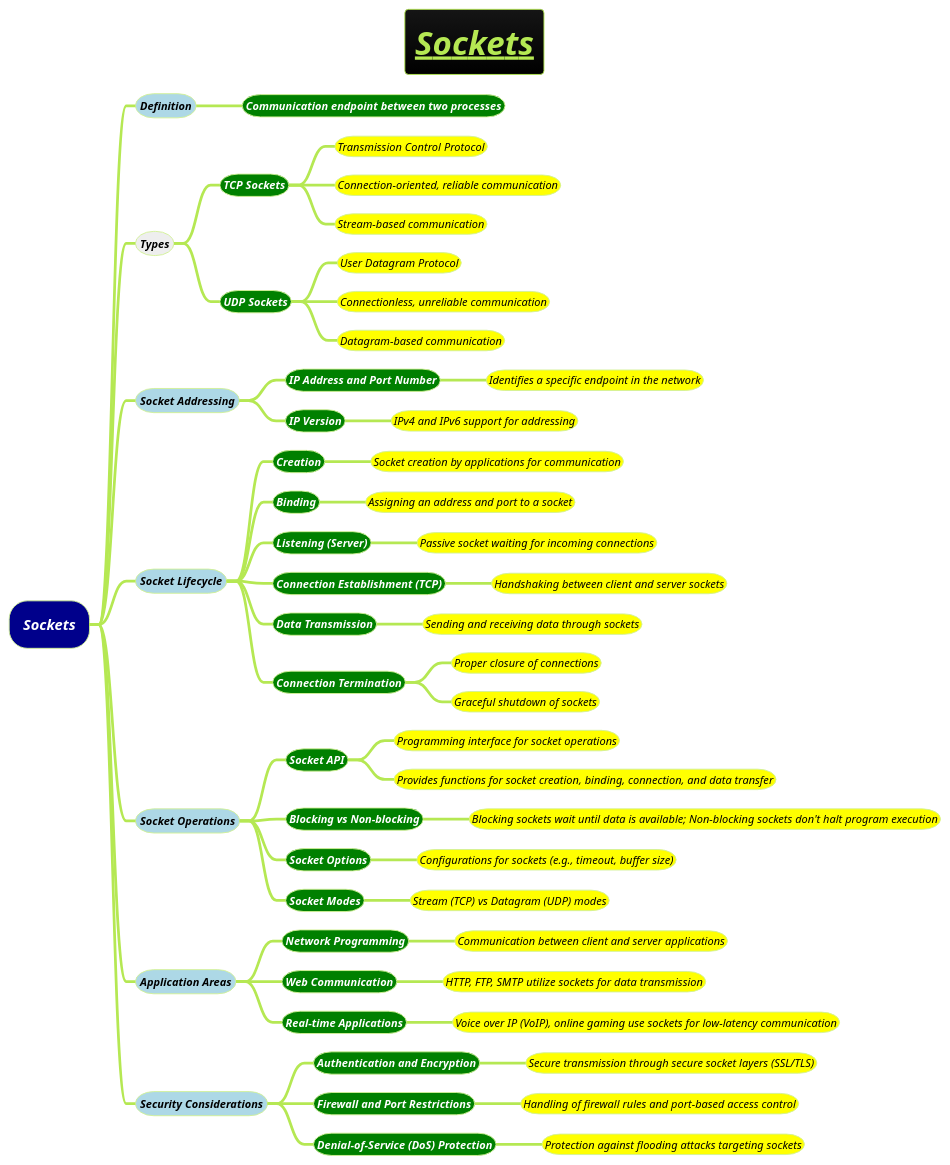
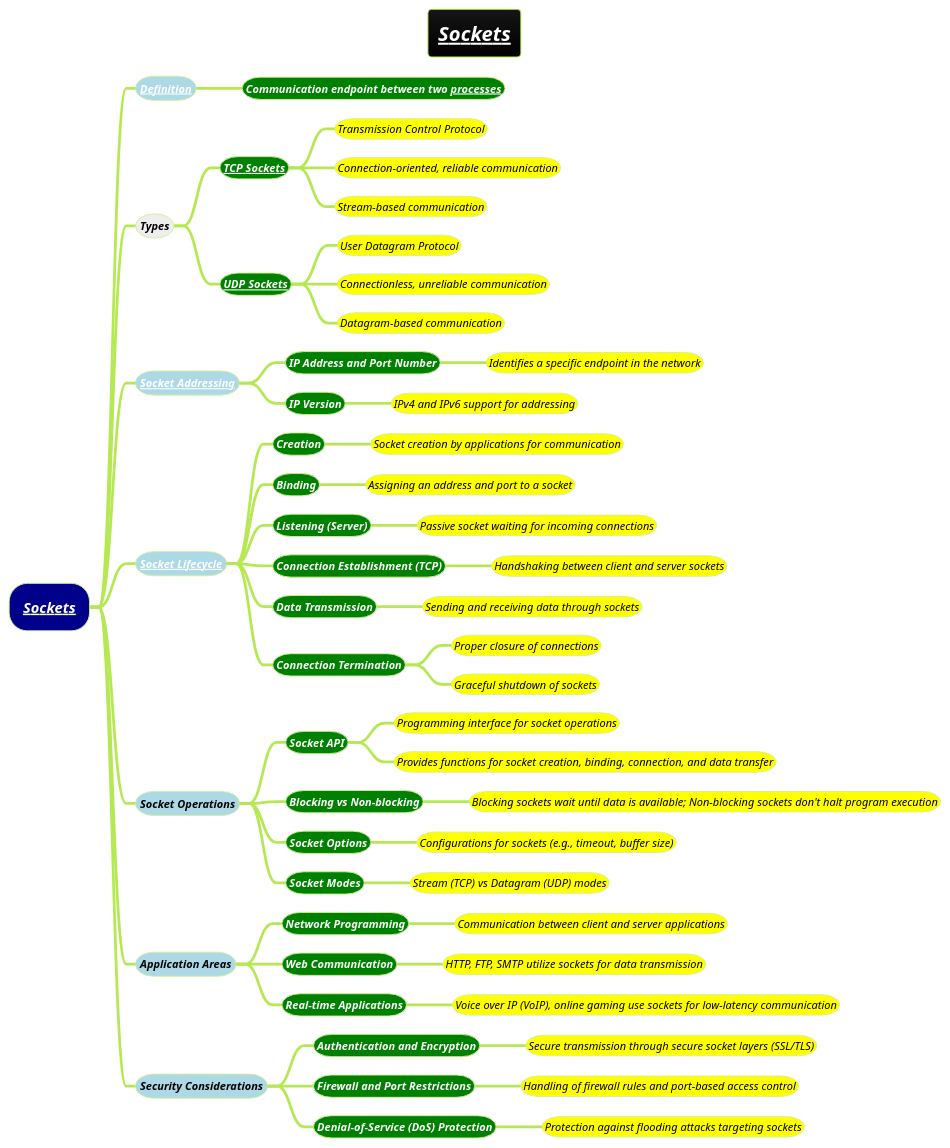
One commit to MehmoodHashmi/Documentation-as-Code-DaC changed the diagram in docs/books/1-books-backlog/operating-system/sockets.puml. Above: the diagram before and after it, drawn with PlantUML. The commit also changed 7 other files, not shown here.

```diff
--- a/docs/books/1-books-backlog/operating-system/sockets.puml
+++ b/docs/books/1-books-backlog/operating-system/sockets.puml
@@ -1,60 +1,60 @@
 @startmindmap
-title =<i><b><u>Sockets
+title =<i><b><u><size:18>[[docs/3-programming-languages/Venkat-Subramaniam/images/img_388.png Sockets]]
 !theme hacker
 
-*[#darkblue] <i><color #white>Sockets
-**[#lightblue] <i><color #black><size:12>Definition
-***[#green] <b><i><color #white><size:12>Communication endpoint between two processes
+*[#darkblue] <i><color #white>[[docs/3-programming-languages/Venkat-Subramaniam/images/img_388.png Sockets]]
+**[#lightblue] <i><color #black><size:12>[[docs/3-programming-languages/Venkat-Subramaniam/images/img_388.png Definition]]
+***[#green] <b><i><color #white><size:12>Communication endpoint between two [[docs/3-programming-languages/Venkat-Subramaniam/images/img_388.png processes]]
 **[#e] <i><color #black><size:12>Types
-***[#green] <b><i><color #white><size:12>TCP Sockets
+***[#green] <b><i><color #white><size:12>[[docs/3-programming-languages/Venkat-Subramaniam/images/img_388.png TCP Sockets]]
 ****[#yellow] <i><color #black><size:12>Transmission Control Protocol
 ****[#yellow] <i><color #black><size:12>Connection-oriented, reliable communication
 ****[#yellow] <i><color #black><size:12>Stream-based communication
-***[#green] <b><i><color #white><size:12>UDP Sockets
+***[#green] <b><i><color #white><size:12>[[docs/3-programming-languages/Venkat-Subramaniam/images/img_388.png UDP Sockets]]
 ****[#yellow] <i><color #black><size:12>User Datagram Protocol
 ****[#yellow] <i><color #black><size:12>Connectionless, unreliable communication
 ****[#yellow] <i><color #black><size:12>Datagram-based communication
-**[#lightblue] <i><color #black><size:12>Socket Addressing
+**[#lightblue] <i><color #black><size:12>[[docs/3-programming-languages/Venkat-Subramaniam/images/img_388.png Socket Addressing]]
 ***[#green] <b><i><color #white><size:12>IP Address and Port Number
 ****[#yellow] <i><color #black><size:12>Identifies a specific endpoint in the network
 ***[#green] <b><i><color #white><size:12>IP Version
 ****[#yellow] <i><color #black><size:12>IPv4 and IPv6 support for addressing
-**[#lightblue] <i><color #black><size:12>Socket Lifecycle
+**[#lightblue] <i><color #black><size:12>[[docs/3-programming-languages/Venkat-Subramaniam/images/img_388.png Socket Lifecycle]]
 ***[#green] <b><i><color #white><size:12>Creation
 ****[#yellow] <i><color #black><size:12>Socket creation by applications for communication
 ***[#green] <b><i><color #white><size:12>Binding
 ****[#yellow] <i><color #black><size:12>Assigning an address and port to a socket
 ***[#green] <b><i><color #white><size:12>Listening (Server)
 ****[#yellow] <i><color #black><size:12>Passive socket waiting for incoming connections
 ***[#green] <b><i><color #white><size:12>Connection Establishment (TCP)
 ****[#yellow] <i><color #black><size:12>Handshaking between client and server sockets
 ***[#green] <b><i><color #white><size:12>Data Transmission
 ****[#yellow] <i><color #black><size:12>Sending and receiving data through sockets
 ***[#green] <b><i><color #white><size:12>Connection Termination
 ****[#yellow] <i><color #black><size:12>Proper closure of connections
 ****[#yellow] <i><color #black><size:12>Graceful shutdown of sockets
 **[#lightblue] <i><color #black><size:12>Socket Operations
 ***[#green] <b><i><color #white><size:12>Socket API
 ****[#yellow] <i><color #black><size:12>Programming interface for socket operations
 ****[#yellow] <i><color #black><size:12>Provides functions for socket creation, binding, connection, and data transfer
 ***[#green] <b><i><color #white><size:12>Blocking vs Non-blocking
 ****[#yellow] <i><color #black><size:12>Blocking sockets wait until data is available; Non-blocking sockets don't halt program execution
 ***[#green] <b><i><color #white><size:12>Socket Options
 ****[#yellow] <i><color #black><size:12>Configurations for sockets (e.g., timeout, buffer size)
 ***[#green] <b><i><color #white><size:12>Socket Modes
 ****[#yellow] <i><color #black><size:12>Stream (TCP) vs Datagram (UDP) modes
 **[#lightblue] <i><color #black><size:12>Application Areas
 ***[#green] <b><i><color #white><size:12>Network Programming
 ****[#yellow] <i><color #black><size:12>Communication between client and server applications
 ***[#green] <b><i><color #white><size:12>Web Communication
 ****[#yellow] <i><color #black><size:12>HTTP, FTP, SMTP utilize sockets for data transmission
 ***[#green] <b><i><color #white><size:12>Real-time Applications
 ****[#yellow] <i><color #black><size:12>Voice over IP (VoIP), online gaming use sockets for low-latency communication
 **[#lightblue] <i><color #black><size:12>Security Considerations
 ***[#green] <b><i><color #white><size:12>Authentication and Encryption
 ****[#yellow] <i><color #black><size:12>Secure transmission through secure socket layers (SSL/TLS)
 ***[#green] <b><i><color #white><size:12>Firewall and Port Restrictions
 ****[#yellow] <i><color #black><size:12>Handling of firewall rules and port-based access control
 ***[#green] <b><i><color #white><size:12>Denial-of-Service (DoS) Protection
 ****[#yellow] <i><color #black><size:12>Protection against flooding attacks targeting sockets
 @endmindmap
```
